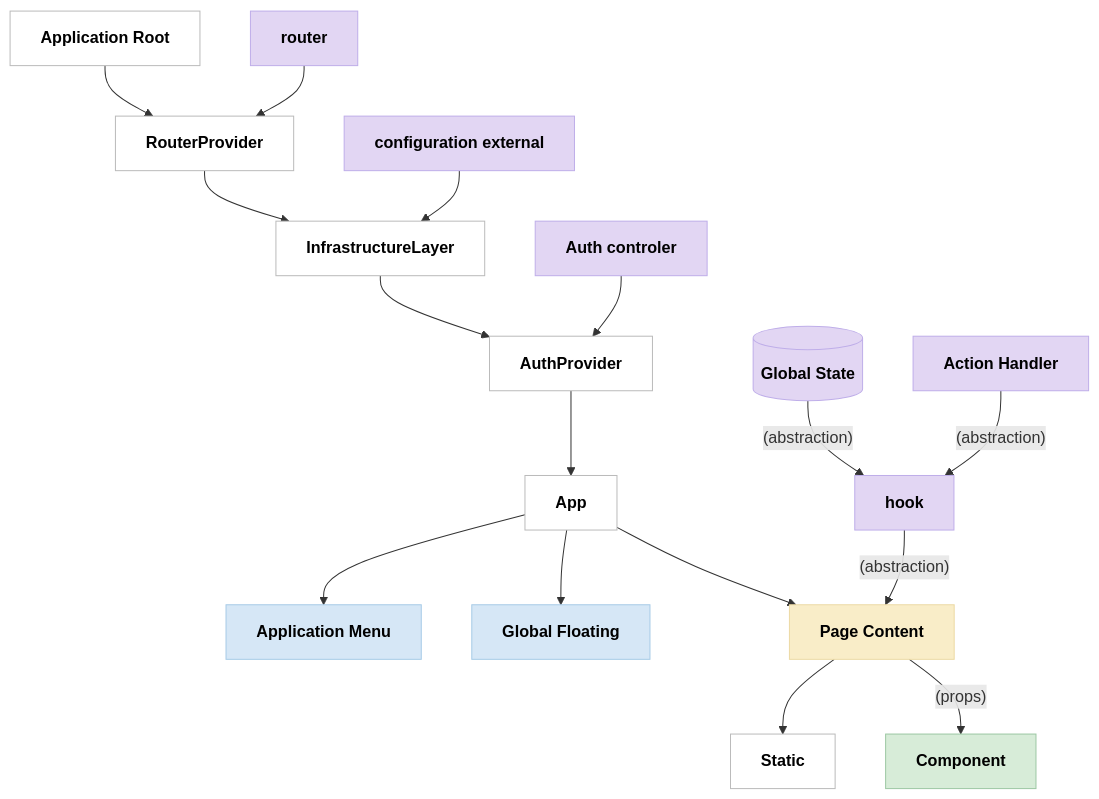
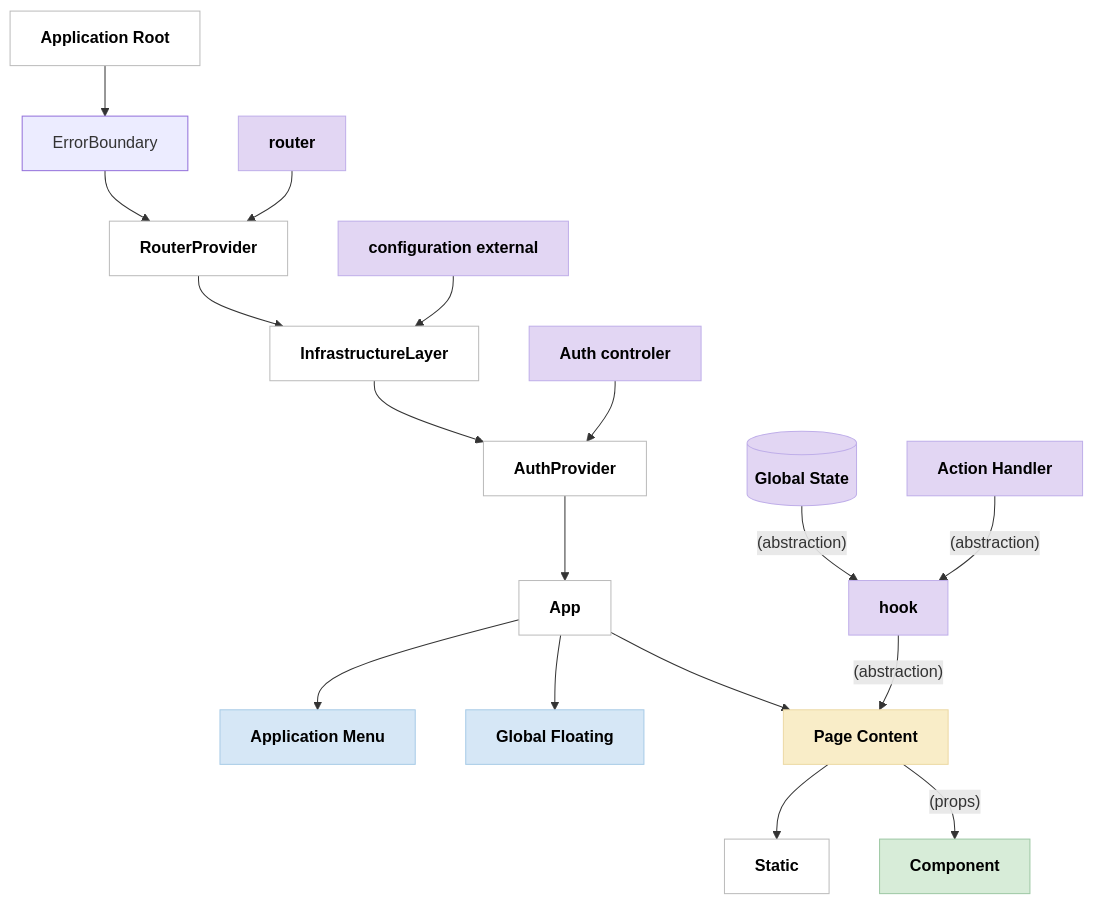
The diagram in component-design/3.1_High-level_Hierarchy_Data.md (LyHoaNam/di-ds), drawn with Mermaid before and after one commit. The commit also changed 1 other file, not shown here.

Commit message:
optimize

````diff
--- a/component-design/3.1_High-level_Hierarchy_Data.md
+++ b/component-design/3.1_High-level_Hierarchy_Data.md
@@ -3,51 +3,53 @@
 ```mermaid
 flowchart TD
     A[Application Root]
+    ER[ErrorBoundary]
     B[RouterProvider]
     C[InfrastructureLayer]
     D[AuthProvider]
     E[App]
     F[Application Menu]
     G[Global Floating]
     H[Page Content]
     I[Static]
     J[Component]
     K[Action Handler]
     L[hook]
     M[(Global State)]
     N[router]
     O[configuration external]
     P[Auth controler]
 
     %% Edges
-    A --> B
+    A --> ER
+    ER --> B
     B --> C
     C --> D
     D --> E
     E --> F
     E --> G
     E --> H
     H --> I
     H --"(props)"--> J
     M --"(abstraction)"--> L
     K --"(abstraction)"--> L
     L --"(abstraction)"--> H
     N --> B
     O --> C
     P --> D
 
     %% Assign classes for style reuse
     classDef grayBox fill:#ffffff,stroke:#bbbbbb,color:#000000,font-weight:bold;
     classDef purpleBox fill:#e2d6f3,stroke:#bfaee9,color:#00000,font-weight:bold;
     classDef blueBox fill:#d6e7f6,stroke:#a7cbe7,color:#000000,font-weight:bold;
     classDef yellowBox fill:#f9edc8,stroke:#ecd9a4,color:#000000,font-weight:bold;
     classDef greenBox fill:#d7ecd8,stroke:#9dc8a4,color:#000000,font-weight:bold;
     classDef dbBox fill:#e2d6f3,stroke:#bfaee9,color:#000000,font-weight:bold;
 
     class A,B,C,D,E,I grayBox;
     class N,O,P,K,L dbBox;
     class G,F blueBox;
     class H yellowBox;
     class J greenBox;
     class M dbBox;
 ```
````
